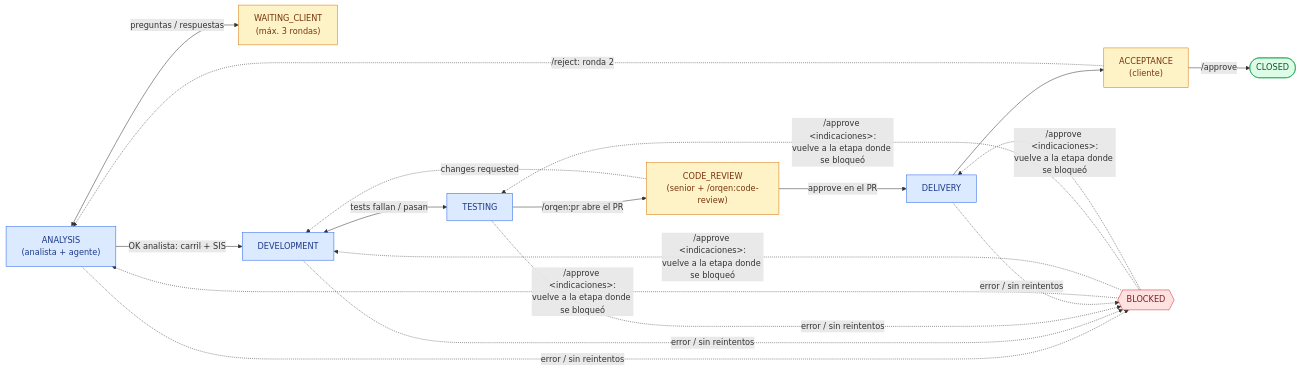
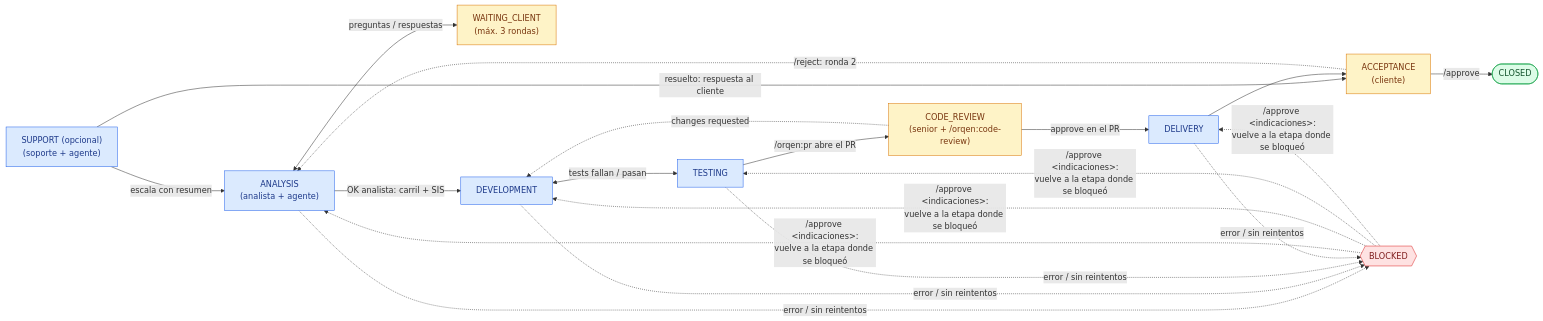
The seventh of 7 diagrams in README.md (sistemas-telpin/orqen), drawn with Mermaid before and after one commit. The commit also changed other lines of this file and 16 other files, not shown here.

First line of the commit message:
Etapa SUPPORT opcional antes del análisis

````diff
--- a/README.md
+++ b/README.md
@@ -200,30 +246,33 @@
 ```mermaid
 flowchart LR
     classDef agente fill:#dbeafe,stroke:#2563eb,color:#1e3a8a
     classDef humano fill:#fef3c7,stroke:#d97706,color:#78350f
     classDef final fill:#dcfce7,stroke:#16a34a,color:#14532d
     classDef bloq fill:#fee2e2,stroke:#dc2626,color:#7f1d1d
 
+    SUPPORT["SUPPORT (opcional)<br/>(soporte + agente)"]:::agente
     ANALYSIS["ANALYSIS<br/>(analista + agente)"]:::agente
     ESPERA["WAITING_CLIENT<br/>(máx. 3 rondas)"]:::humano
     DESA["DEVELOPMENT"]:::agente
     TEST["TESTING"]:::agente
     REV["CODE_REVIEW<br/>(senior + /orqen:code-review)"]:::humano
     DELIVERY["DELIVERY"]:::agente
     CONF["ACCEPTANCE<br/>(cliente)"]:::humano
     CLOSED(["CLOSED"]):::final
     BLOQ{{"BLOCKED"}}:::bloq
 
+    SUPPORT -->|"escala con resumen"| ANALYSIS
+    SUPPORT -->|"resuelto: respuesta al cliente"| CONF
     ANALYSIS <-->|preguntas / respuestas| ESPERA
     ANALYSIS -->|"OK analista: carril + SIS"| DESA
     DESA <-->|tests fallan / pasan| TEST
     TEST -->|"/orqen:pr abre el PR"| REV
     REV -->|"approve en el PR"| DELIVERY
     REV -.->|"changes requested"| DESA
     DELIVERY --> CONF
     CONF -->|/approve| CLOSED
     CONF -.->|"/reject: ronda 2"| ANALYSIS
 
     ANALYSIS & DESA & TEST & DELIVERY -.->|error / sin reintentos| BLOQ
     BLOQ -.->|"/approve &lt;indicaciones&gt;:<br/>vuelve a la etapa donde se bloqueó"| ANALYSIS & DESA & TEST & DELIVERY
 ```
````
